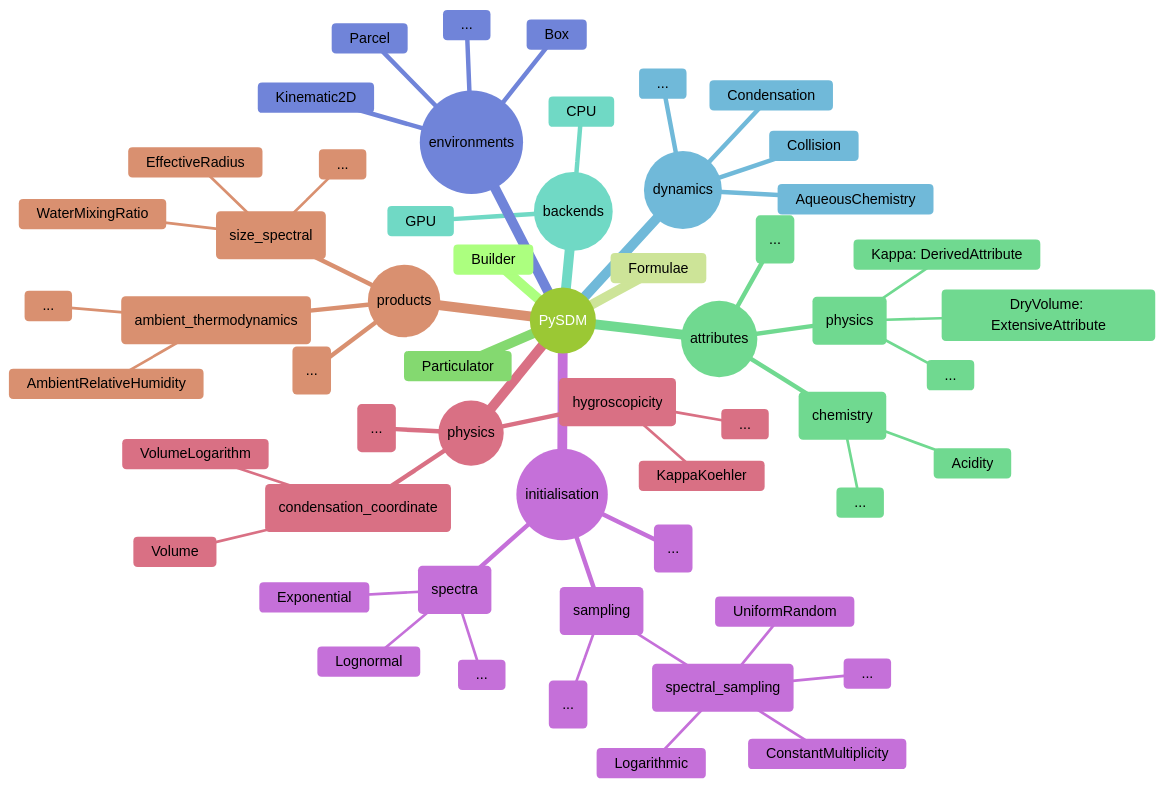
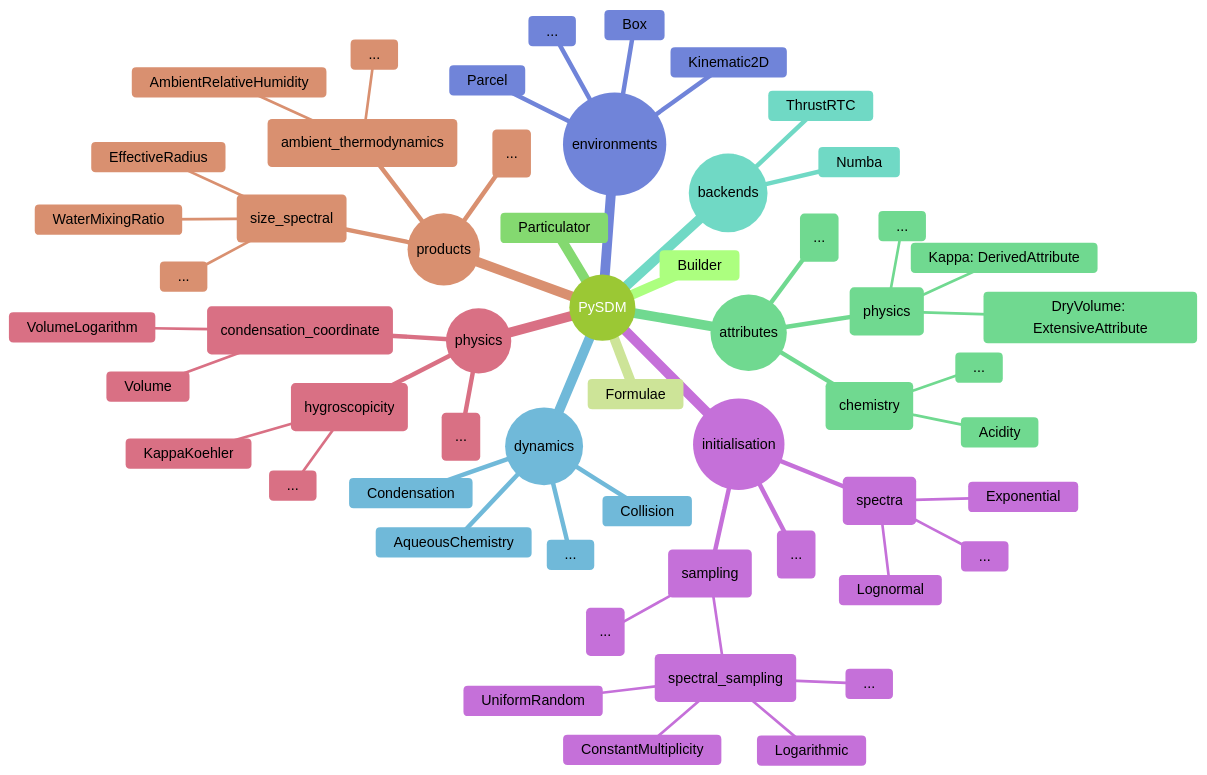
One commit to open-atmos/PySDM changed the second of 2 diagrams in docs/markdown/pysdm_landing.md. Above: the diagram before and after it, drawn with Mermaid (forest theme).

Commit message:
use backend class names in mermaid diagram

````diff
--- a/docs/markdown/pysdm_landing.md
+++ b/docs/markdown/pysdm_landing.md
@@ -650,59 +650,59 @@
 ```mermaid
 mindmap
   root((PySDM))
     Builder
     Formulae
     Particulator
     ((attributes))
       (physics)
         DryVolume: ExtensiveAttribute
         Kappa: DerivedAttribute
         ...
       (chemistry)
         Acidity
         ...
       (...)
     ((backends))
-      CPU
-      GPU
+      Numba
+      ThrustRTC
     ((dynamics))
       AqueousChemistry
       Collision
       Condensation
       ...
     ((environments))
       Box
       Parcel
       Kinematic2D
       ...
     ((initialisation))
       (spectra)
         Lognormal
         Exponential
         ...
       (sampling)
         (spectral_sampling)
           ConstantMultiplicity
           UniformRandom
           Logarithmic
           ...
         (...)
       (...)
     ((physics))
       (hygroscopicity)
         KappaKoehler
         ...
       (condensation_coordinate)
         Volume
         VolumeLogarithm
       (...)
     ((products))
       (size_spectral)
         EffectiveRadius
         WaterMixingRatio
         ...
       (ambient_thermodynamics)
         AmbientRelativeHumidity
         ...
       (...)
 ```
````
